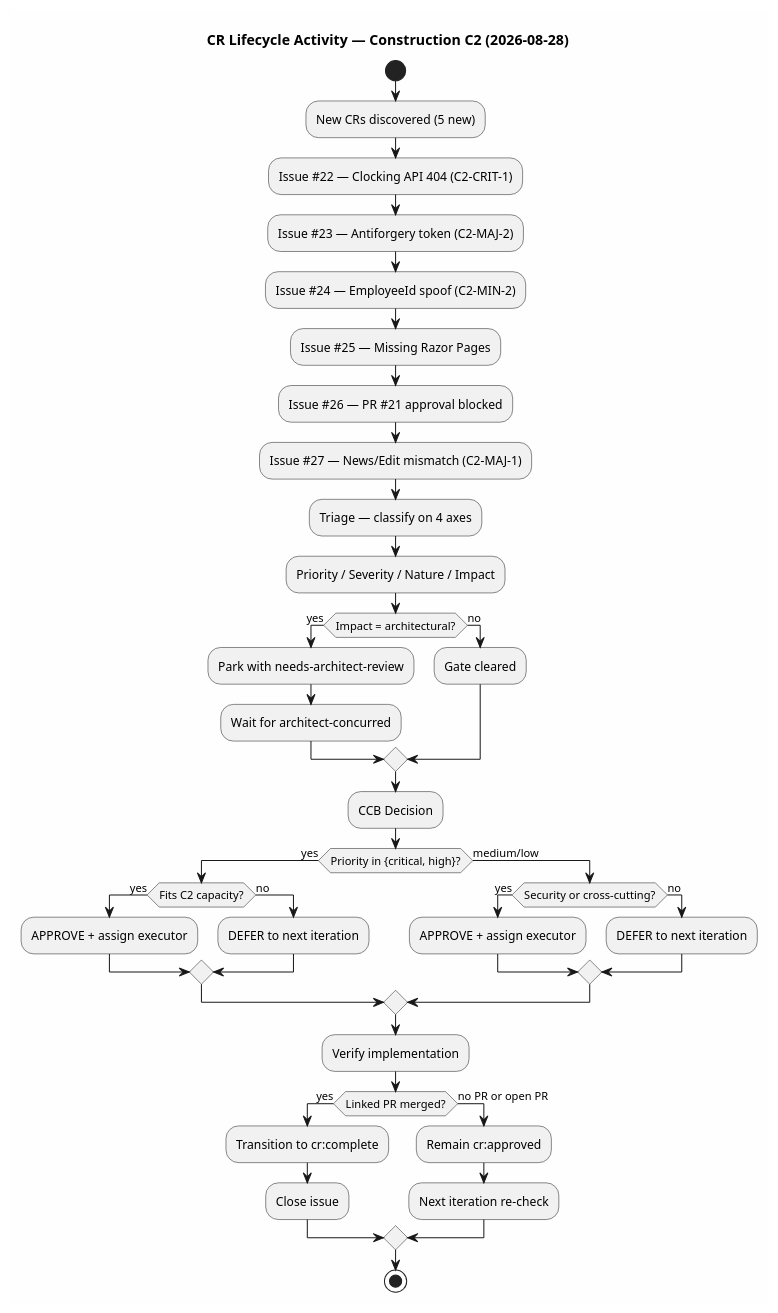
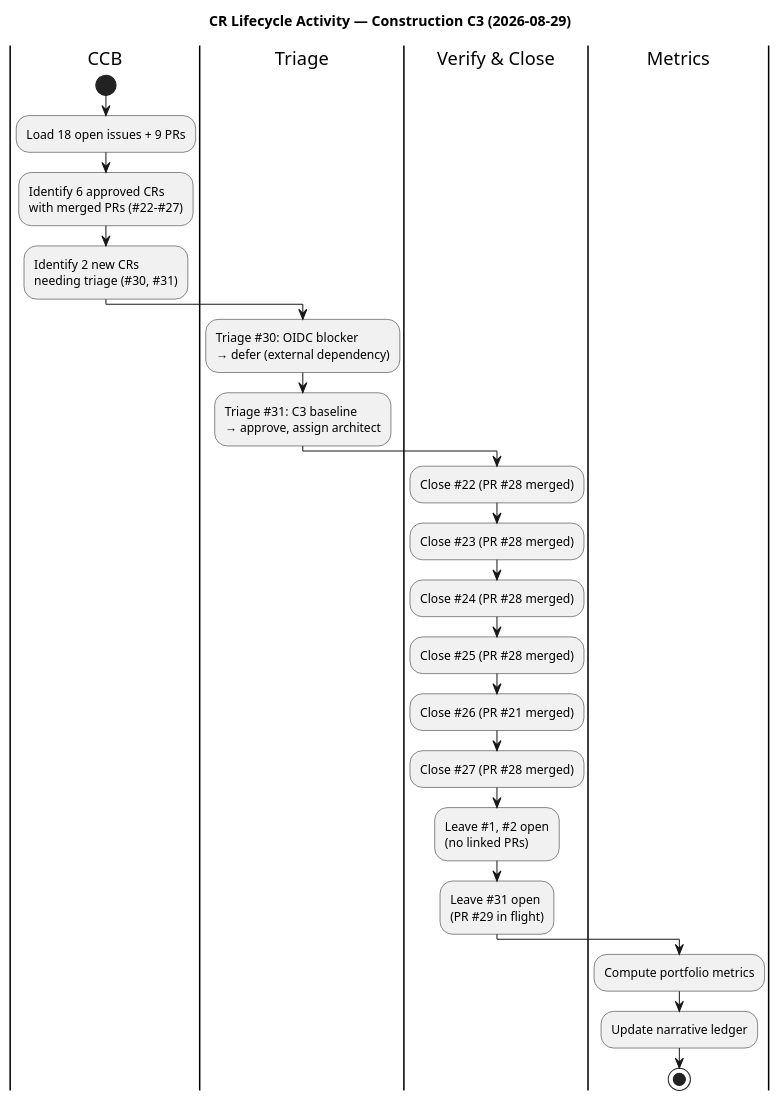
The third of 3 diagrams in docs/artifacts/configuration---change-management/change-request.md (banense-test/portal-cuba-corp), drawn with PlantUML before and after one commit. The commit also changed other lines of this file, not shown here.

````diff
--- a/docs/artifacts/configuration---change-management/change-request.md
+++ b/docs/artifacts/configuration---change-management/change-request.md
@@ -139,57 +115,31 @@
 ```plantuml
-@startuml CR_Lifecycle_Activity_C2
-title CR Lifecycle Activity — Construction C2 (2026-08-28)
+@startuml CR_Lifecycle_Activity_C3
+title CR Lifecycle Activity — Construction C3 (2026-08-29)
 
-skinparam backgroundColor #FEFEFE
-skinparam shadowing false
+|CCB|
+start
+:Load 18 open issues + 9 PRs;
+:Identify 6 approved CRs\nwith merged PRs (#22-#27);
+:Identify 2 new CRs\nneeding triage (#30, #31);
 
-start
+|Triage|
+:Triage #30: OIDC blocker\n→ defer (external dependency);
+:Triage #31: C3 baseline\n→ approve, assign architect;
 
-:New CRs discovered (5 new);
-:Issue #22 — Clocking API 404 (C2-CRIT-1);
-:Issue #23 — Antiforgery token (C2-MAJ-2);
-:Issue #24 — EmployeeId spoof (C2-MIN-2);
-:Issue #25 — Missing Razor Pages;
-:Issue #26 — PR #21 approval blocked;
-:Issue #27 — News/Edit mismatch (C2-MAJ-1);
+|Verify & Close|
+:Close #22 (PR #28 merged);
+:Close #23 (PR #28 merged);
+:Close #24 (PR #28 merged);
+:Close #25 (PR #28 merged);
+:Close #26 (PR #21 merged);
+:Close #27 (PR #28 merged);
+:Leave #1, #2 open\n(no linked PRs);
+:Leave #31 open\n(PR #29 in flight);
 
-:Triage — classify on 4 axes;
-:Priority / Severity / Nature / Impact;
-
-if (Impact = architectural?) then (yes)
-  :Park with needs-architect-review;
-  :Wait for architect-concurred;
-else (no)
-  :Gate cleared;
-endif
-
-:CCB Decision;
-
-if (Priority in {critical, high}?) then (yes)
-  if (Fits C2 capacity?) then (yes)
-    :APPROVE + assign executor;
-  else (no)
-    :DEFER to next iteration;
-  endif
-else (medium/low)
-  if (Security or cross-cutting?) then (yes)
-    :APPROVE + assign executor;
-  else (no)
-    :DEFER to next iteration;
-  endif
-endif
-
-:Verify implementation;
-
-if (Linked PR merged?) then (yes)
-  :Transition to cr:complete;
-  :Close issue;
-else (no PR or open PR)
-  :Remain cr:approved;
-  :Next iteration re-check;
-endif
-
+|Metrics|
+:Compute portfolio metrics;
+:Update narrative ledger;
 stop
 
 @enduml
 ```
````
